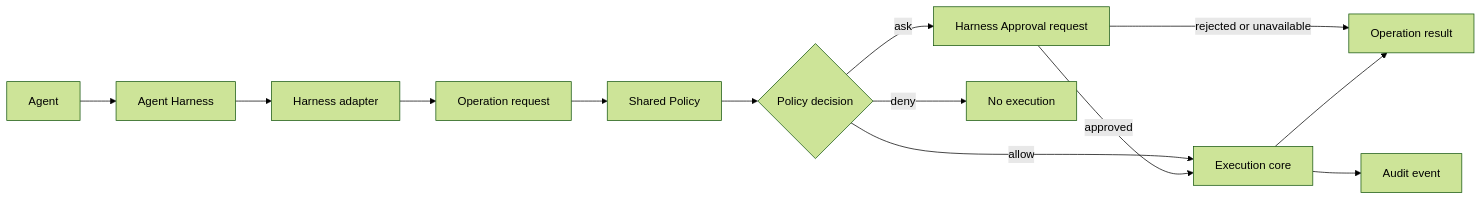
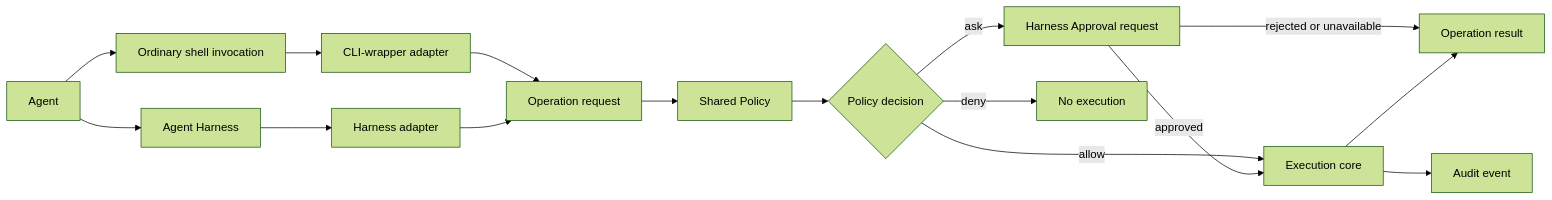
The diagram in README.md (Jumace/gaitcheck), drawn with Mermaid (forest theme) before and after one commit. The commit also changed other lines of this file and 10 other files, not shown here.

First line of the commit message:
feat: prototype CLI wrapper translation target (#16)

````diff
--- a/README.md
+++ b/README.md
@@ -21,15 +21,18 @@
 ```mermaid
 flowchart LR
     Agent[Agent] --> Harness[Agent Harness]
     Harness --> Adapter[Harness adapter]
+    Agent --> Shell[Ordinary shell invocation]
+    Shell --> Wrapper[CLI-wrapper adapter]
+    Wrapper --> Request
     Adapter --> Request[Operation request]
     Request --> Policy[Shared Policy]
     Policy --> Decision{Policy decision}
     Decision -->|allow| Execute[Execution core]
     Decision -->|ask| Approval[Harness Approval request]
     Decision -->|deny| Block[No execution]
     Approval -->|approved| Execute
     Approval -->|rejected or unavailable| Result[Operation result]
     Execute --> Result
     Execute --> Audit[Audit event]
 ```
````
